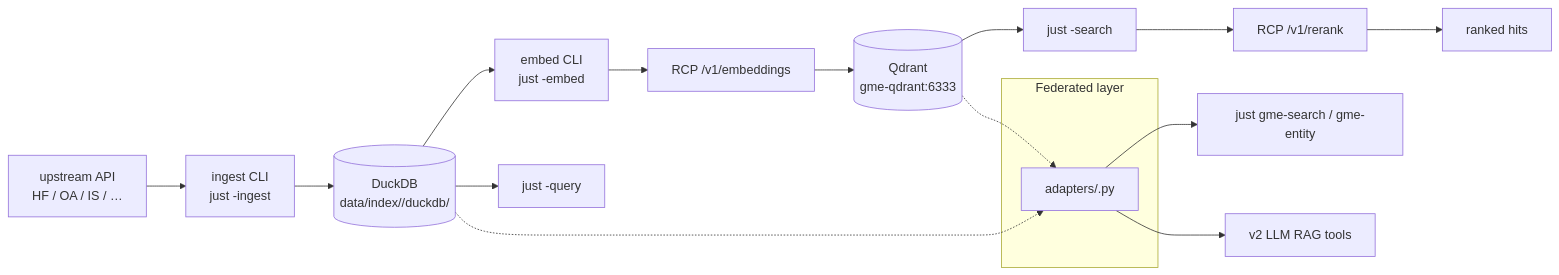
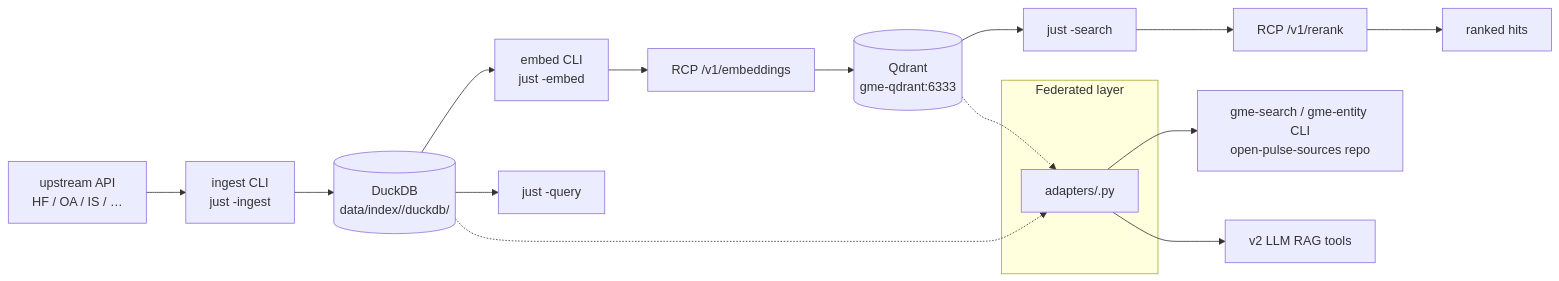
The third of 3 diagrams in docs/architecture/design-notes.md (Imaging-Plaza/git-metadata-extractor), drawn with Mermaid before and after one commit. The commit also changed other lines of this file and 13 other files, not shown here.

````diff
--- a/docs/architecture/design-notes.md
+++ b/docs/architecture/design-notes.md
@@ -153,20 +157,20 @@
 ```mermaid
 flowchart LR
     Src[upstream API<br/>HF / OA / IS / …] --> ING[ingest CLI<br/>just <prefix>-ingest]
     ING --> DB[(DuckDB<br/>data/index/<name>/duckdb/)]
     DB --> EMB[embed CLI<br/>just <prefix>-embed]
     EMB --> RCPq[RCP /v1/embeddings]
     RCPq --> QD[(Qdrant<br/>gme-qdrant:6333)]
     DB --> Q[just <prefix>-query]
     QD --> S[just <prefix>-search]
     S --> RR[RCP /v1/rerank]
     RR --> Out[ranked hits]
 
     subgraph FED[Federated layer]
         ADAP[adapters/<name>.py]
     end
     DB -.-> ADAP
     QD -.-> ADAP
-    ADAP --> GME[just gme-search / gme-entity]
+    ADAP --> GME[gme-search / gme-entity CLI<br/>open-pulse-sources repo]
     ADAP --> RAGTOOL[v2 LLM RAG tools]
 ```
````
